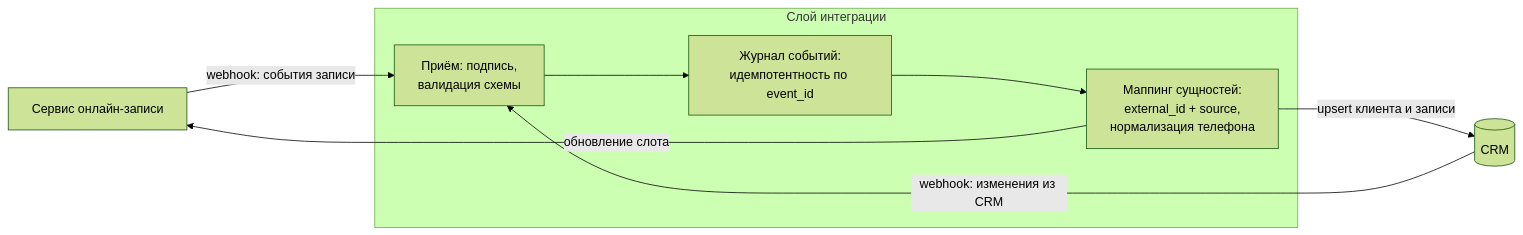
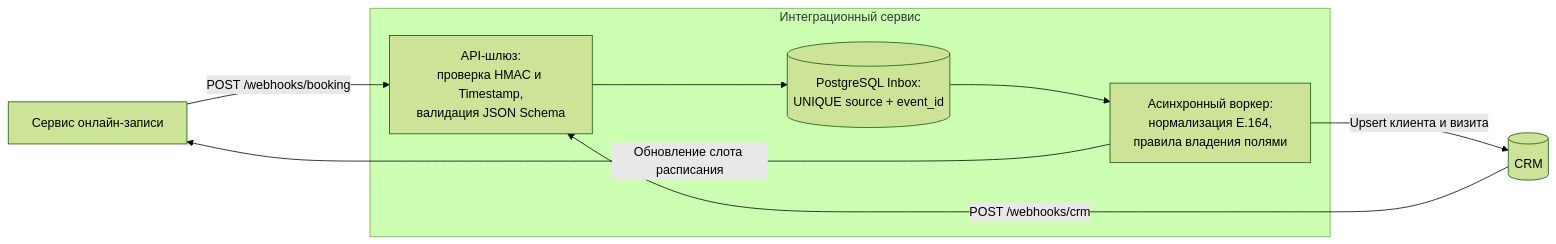
One commit to doomsdayoff/system-analysis-portfolio changed the first of 2 diagrams in case-02-booking-crm-sync/README.md. Above: the diagram before and after it, drawn with Mermaid (forest theme). The commit also changed other lines of this file and 4 other files, not shown here.

````diff
--- a/case-02-booking-crm-sync/README.md
+++ b/case-02-booking-crm-sync/README.md
@@ -46,15 +27,16 @@
 ```mermaid
 flowchart LR
     BK[Сервис онлайн-записи]
-    subgraph MWL["Слой интеграции"]
-        RCV[Приём: подпись,<br/>валидация схемы]
-        IDP[Журнал событий:<br/>идемпотентность по event_id]
-        MAP[Маппинг сущностей:<br/>external_id + source,<br/>нормализация телефона]
+    subgraph MWL["Интеграционный сервис"]
+        RCV[API-шлюз:<br/>проверка HMAC и Timestamp,<br/>валидация JSON Schema]
+        IDP[(PostgreSQL Inbox:<br/>UNIQUE source + event_id)]
+        WRK[Асинхронный воркер:<br/>нормализация E.164,<br/>правила владения полями]
     end
     CRM[(CRM)]
-    BK -->|webhook: события записи| RCV
-    CRM -->|webhook: изменения из CRM| RCV
-    RCV --> IDP --> MAP
-    MAP -->|upsert клиента и записи| CRM
-    MAP -->|обновление слота| BK
+    BK -->|POST /webhooks/booking| RCV
+    CRM -->|POST /webhooks/crm| RCV
+    RCV --> IDP
+    IDP --> WRK
+    WRK -->|Upsert клиента и визита| CRM
+    WRK -->|Обновление слота расписания| BK
 ```
````
